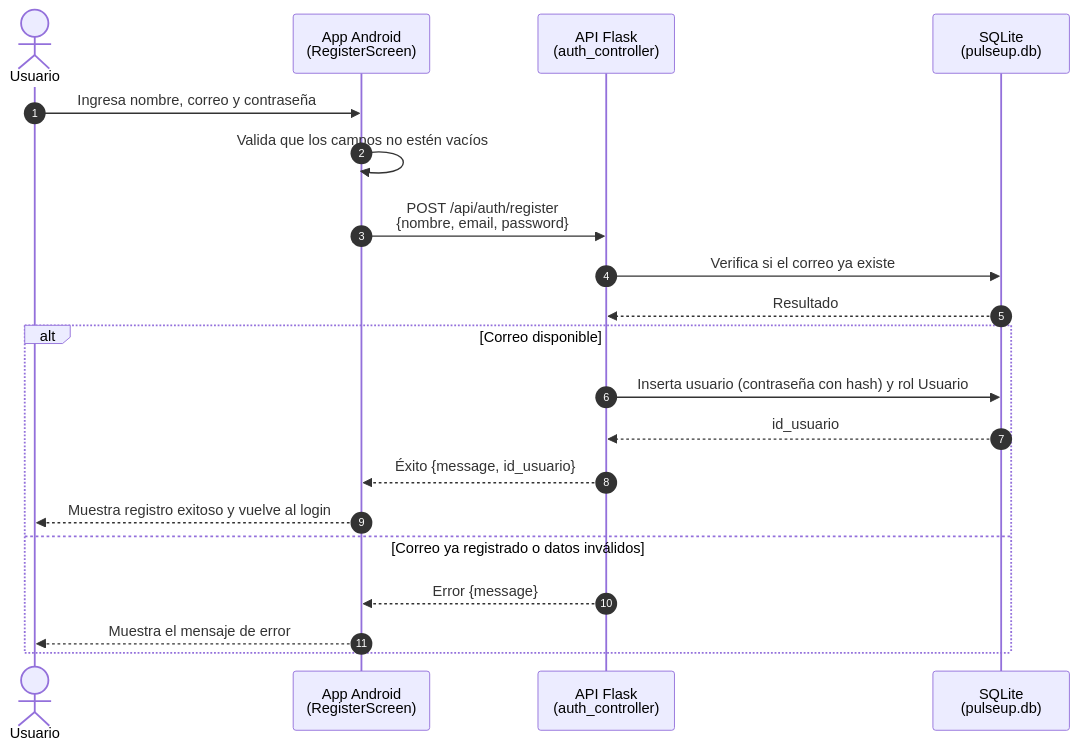
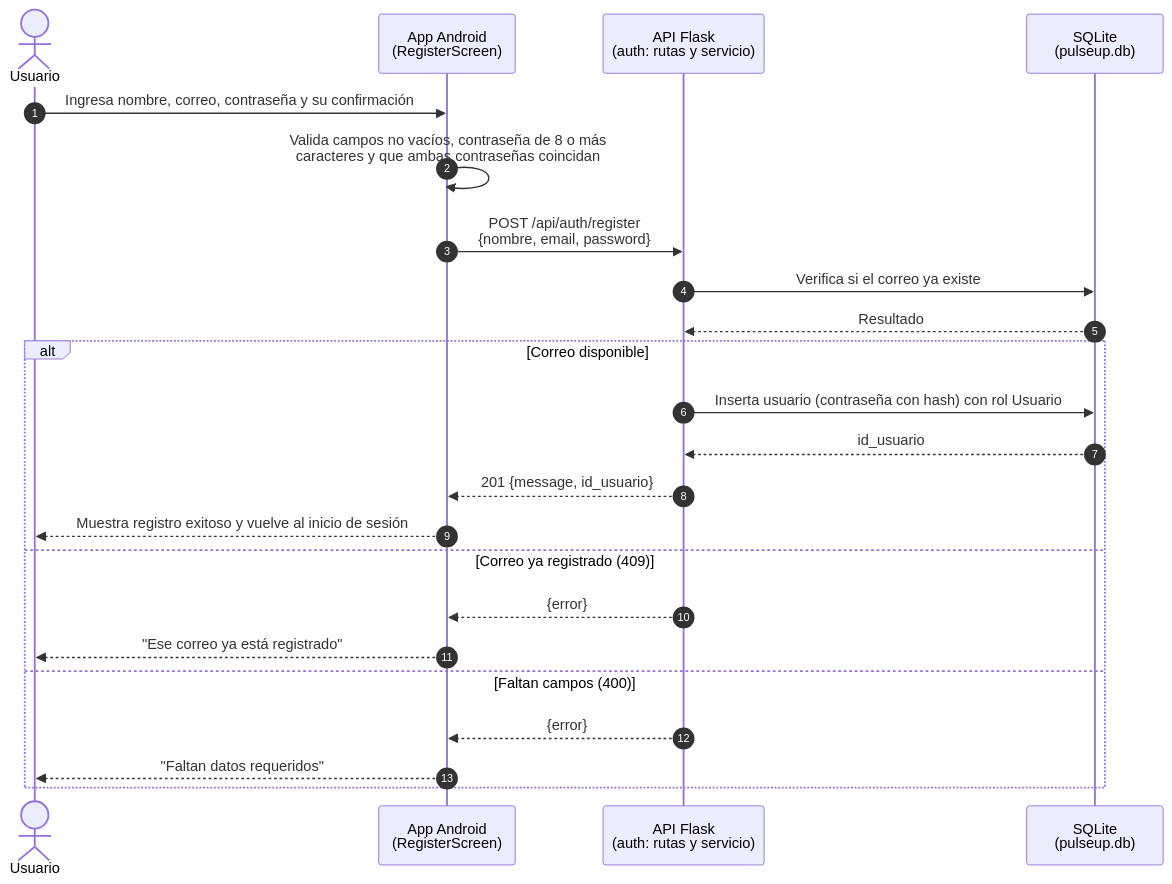
The diagram in docs/diagrams/secuencia/SEQ-01-registro-usuario.mmd (tihago1998/pulse_up_backend), drawn with Mermaid before and after one commit. The commit also changed 55 other files, not shown here.

Commit message:
docs: agrega diagramas vigentes y mueve los de hábitos a historico

```diff
--- a/docs/diagrams/secuencia/SEQ-01-registro-usuario.mmd
+++ b/docs/diagrams/secuencia/SEQ-01-registro-usuario.mmd
@@ -1,21 +1,24 @@
 sequenceDiagram
     autonumber
     actor U as Usuario
     participant A as App Android<br/>(RegisterScreen)
-    participant API as API Flask<br/>(auth_controller)
+    participant API as API Flask<br/>(auth: rutas y servicio)
     participant DB as SQLite<br/>(pulseup.db)
 
-    U->>A: Ingresa nombre, correo y contraseña
-    A->>A: Valida que los campos no estén vacíos
+    U->>A: Ingresa nombre, correo, contraseña y su confirmación
+    A->>A: Valida campos no vacíos, contraseña de 8 o más<br/>caracteres y que ambas contraseñas coincidan
     A->>API: POST /api/auth/register<br/>{nombre, email, password}
     API->>DB: Verifica si el correo ya existe
     DB-->>API: Resultado
     alt Correo disponible
-        API->>DB: Inserta usuario (contraseña con hash) y rol Usuario
+        API->>DB: Inserta usuario (contraseña con hash) con rol Usuario
         DB-->>API: id_usuario
-        API-->>A: Éxito {message, id_usuario}
-        A-->>U: Muestra registro exitoso y vuelve al login
-    else Correo ya registrado o datos inválidos
-        API-->>A: Error {message}
-        A-->>U: Muestra el mensaje de error
+        API-->>A: 201 {message, id_usuario}
+        A-->>U: Muestra registro exitoso y vuelve al inicio de sesión
+    else Correo ya registrado (409)
+        API-->>A: {error}
+        A-->>U: "Ese correo ya está registrado"
+    else Faltan campos (400)
+        API-->>A: {error}
+        A-->>U: "Faltan datos requeridos"
     end
```
